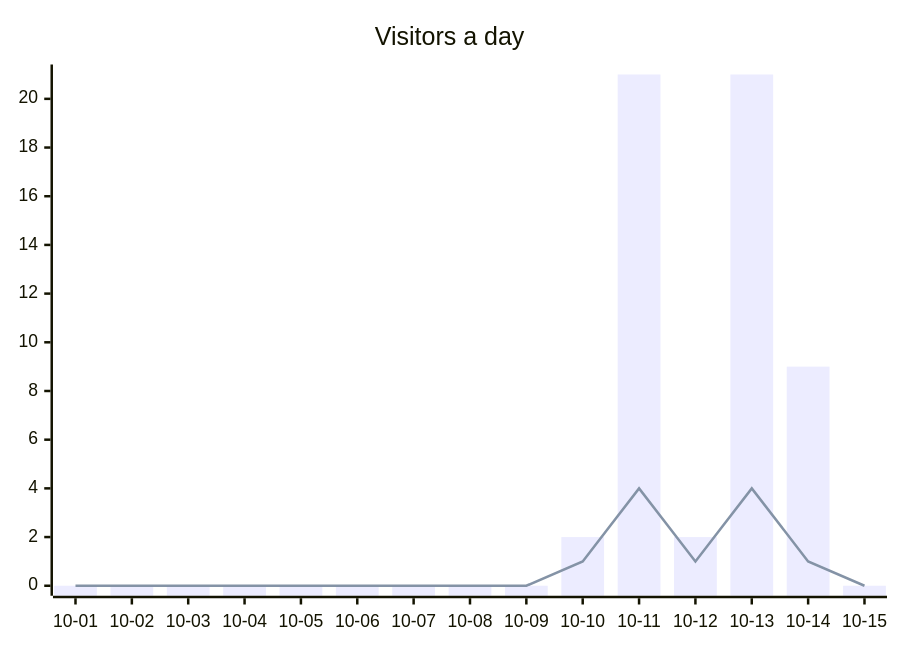
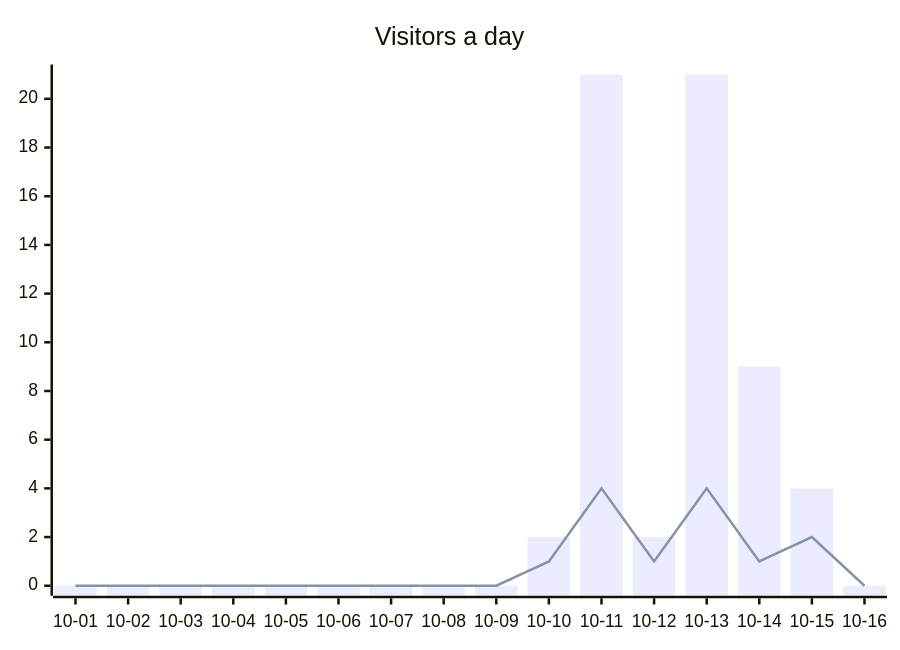
One commit to ArtemkaGoldMan/ContextSwitcher changed the second of 2 diagrams in README.md. Above: the diagram before and after it, drawn with Mermaid. The commit also changed other lines of this file and 5 other files, not shown here.

````diff
--- a/README.md
+++ b/README.md
@@ -29,7 +39,7 @@
 ```mermaid
 xychart-beta
     title "Visitors a day"
-    x-axis ["10-01", "10-02", "10-03", "10-04", "10-05", "10-06", "10-07", "10-08", "10-09", "10-10", "10-11", "10-12", "10-13", "10-14", "10-15"]
-    bar [0, 0, 0, 0, 0, 0, 0, 0, 0, 2, 21, 2, 21, 9, 0]
-    line [0, 0, 0, 0, 0, 0, 0, 0, 0, 1, 4, 1, 4, 1, 0]
+    x-axis ["10-01", "10-02", "10-03", "10-04", "10-05", "10-06", "10-07", "10-08", "10-09", "10-10", "10-11", "10-12", "10-13", "10-14", "10-15", "10-16"]
+    bar [0, 0, 0, 0, 0, 0, 0, 0, 0, 2, 21, 2, 21, 9, 4, 0]
+    line [0, 0, 0, 0, 0, 0, 0, 0, 0, 1, 4, 1, 4, 1, 2, 0]
 ```
````
